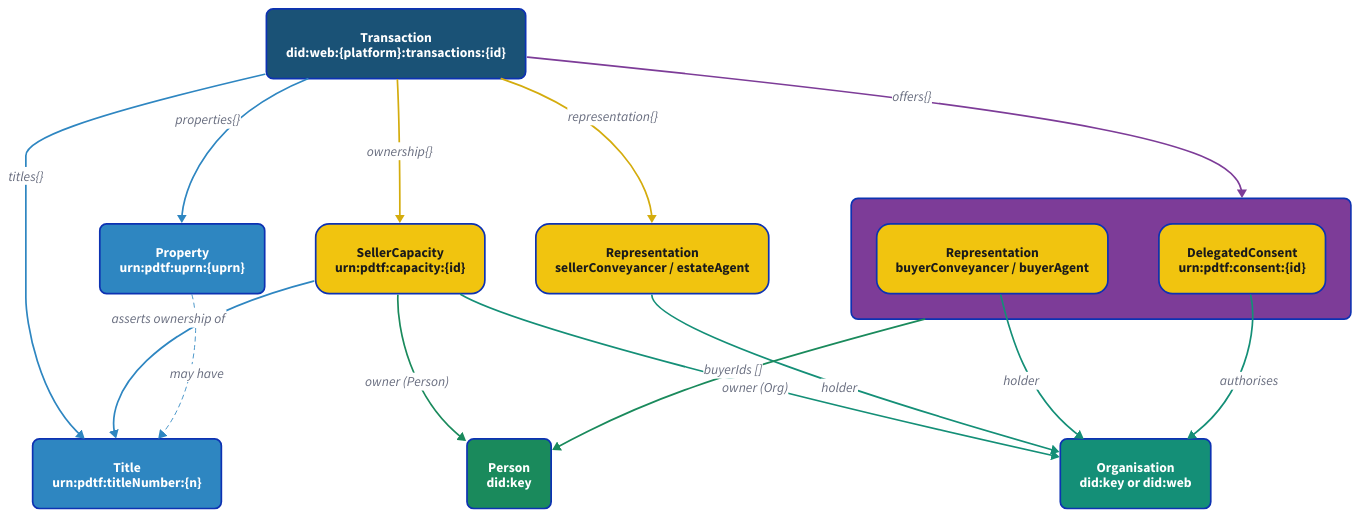
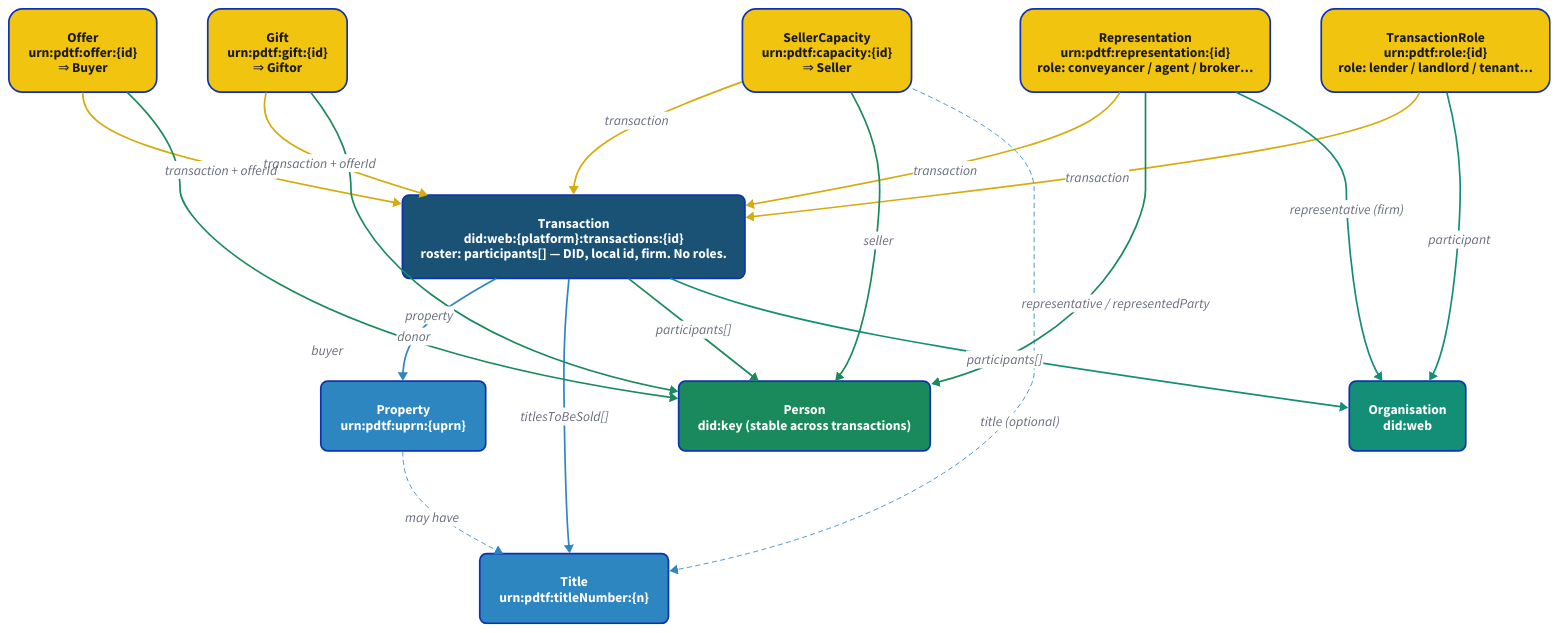
One commit to property-data-standards-co/web changed the diagram in public/diagrams/entity-graph.d2. Above: the diagram before and after it, drawn with D2. The commit also changed 34 other files, not shown here.

First line of the commit message:
Update the entity model to the schemas repo's dev decomposition

```diff
--- a/public/diagrams/entity-graph.d2
+++ b/public/diagrams/entity-graph.d2
@@ -1,130 +1,142 @@
 direction: down
 
 # Styling
 *.style.border-radius: 8
 *.style.font-size: 16
 
-# Core entities (blue)
-transaction: "Transaction\ndid:web:{platform}:transactions:{id}" {
+# Data entities (blue)
+transaction: "Transaction\ndid:web:{platform}:transactions:{id}\nroster: participants[] — DID, local id, firm. No roles." {
   style.fill: "#1a5276"
   style.font-color: "#ffffff"
 }
 
 property: "Property\nurn:pdtf:uprn:{uprn}" {
   style.fill: "#2e86c1"
   style.font-color: "#ffffff"
 }
 
 title: "Title\nurn:pdtf:titleNumber:{n}" {
   style.fill: "#2e86c1"
   style.font-color: "#ffffff"
 }
 
 # Identity (green) — Person and Organisation
-person: "Person\ndid:key" {
+person: "Person\ndid:key (stable across transactions)" {
   style.fill: "#1a8a5c"
   style.font-color: "#ffffff"
 }
 
-organisation: "Organisation\ndid:key or did:web" {
+organisation: "Organisation\ndid:web" {
   style.fill: "#148f77"
   style.font-color: "#ffffff"
 }
 
-# Seller-side relationship credentials (gold, rounded) — held on the Transaction
-sellerCapacity: "SellerCapacity\nurn:pdtf:capacity:{id}" {
+# Relationship credentials (gold, rounded). Each embodies a role and
+# references the Transaction. Role is stored nowhere else.
+sellerCapacity: "SellerCapacity\nurn:pdtf:capacity:{id}\n⇒ Seller" {
   style.fill: "#f1c40f"
   style.font-color: "#1a1a1a"
   style.border-radius: 16
 }
 
-representation: "Representation\nsellerConveyancer / estateAgent" {
+offer: "Offer\nurn:pdtf:offer:{id}\n⇒ Buyer" {
   style.fill: "#f1c40f"
   style.font-color: "#1a1a1a"
   style.border-radius: 16
 }
 
-# Offer (purple) — the intent to buy. Self-contained: it NESTS its own
-# buyer-side relationship credentials.
-offer: "Offer  ·  urn:pdtf:offer:{id}" {
-  style.fill: "#7d3c98"
-  style.font-color: "#ffffff"
-
-  buyerRep: "Representation\nbuyerConveyancer / buyerAgent" {
-    style.fill: "#f1c40f"
-    style.font-color: "#1a1a1a"
-    style.border-radius: 16
-  }
-  consent: "DelegatedConsent\nurn:pdtf:consent:{id}" {
-    style.fill: "#f1c40f"
-    style.font-color: "#1a1a1a"
-    style.border-radius: 16
-  }
+gift: "Gift\nurn:pdtf:gift:{id}\n⇒ Giftor" {
+  style.fill: "#f1c40f"
+  style.font-color: "#1a1a1a"
+  style.border-radius: 16
 }
 
-# Transaction → core entities
-transaction -> property: "properties{}" {
+representation: "Representation\nurn:pdtf:representation:{id}\nrole: conveyancer / agent / broker…" {
+  style.fill: "#f1c40f"
+  style.font-color: "#1a1a1a"
+  style.border-radius: 16
+}
+
+transactionRole: "TransactionRole\nurn:pdtf:role:{id}\nrole: lender / landlord / tenant…" {
+  style.fill: "#f1c40f"
+  style.font-color: "#1a1a1a"
+  style.border-radius: 16
+}
+
+# Transaction → data entities
+transaction -> property: "property" {
   style.stroke: "#2e86c1"
   style.stroke-width: 2
 }
-transaction -> title: "titles{}" {
+transaction -> title: "titlesToBeSold[]" {
   style.stroke: "#2e86c1"
   style.stroke-width: 2
 }
+transaction -> person: "participants[]" {
+  style.stroke: "#1a8a5c"
+  style.stroke-width: 2
+}
+transaction -> organisation: "participants[]" {
+  style.stroke: "#148f77"
+  style.stroke-width: 2
+}
 
-# Transaction → seller-side relationship credentials
-transaction -> sellerCapacity: "ownership{}" {
+# Relationship credentials → Transaction
+sellerCapacity -> transaction: "transaction" {
   style.stroke: "#d4ac0d"
   style.stroke-width: 2
 }
-transaction -> representation: "representation{}" {
+offer -> transaction: "transaction + offerId" {
+  style.stroke: "#d4ac0d"
+  style.stroke-width: 2
+}
+gift -> transaction: "transaction + offerId" {
+  style.stroke: "#d4ac0d"
+  style.stroke-width: 2
+}
+representation -> transaction: "transaction" {
+  style.stroke: "#d4ac0d"
+  style.stroke-width: 2
+}
+transactionRole -> transaction: "transaction" {
   style.stroke: "#d4ac0d"
   style.stroke-width: 2
 }
 
-# Transaction → offers (which nest the buyer-side credentials)
-transaction -> offer: "offers{}" {
-  style.stroke: "#7d3c98"
-  style.stroke-width: 2
-}
-
-# SellerCapacity links Person/Org to Title (the right to sell)
-sellerCapacity -> person: "owner (Person)" {
+# Relationship credentials → the parties they name
+sellerCapacity -> person: "seller" {
   style.stroke: "#1a8a5c"
   style.stroke-width: 2
 }
-sellerCapacity -> organisation: "owner (Org)" {
+sellerCapacity -> title: "title (optional)" {
+  style.stroke: "#2e86c1"
+  style.stroke-width: 1
+  style.stroke-dash: 5
+}
+offer -> person: "buyer" {
+  style.stroke: "#1a8a5c"
+  style.stroke-width: 2
+}
+gift -> person: "donor" {
+  style.stroke: "#1a8a5c"
+  style.stroke-width: 2
+}
+representation -> person: "representative / representedParty" {
+  style.stroke: "#1a8a5c"
+  style.stroke-width: 2
+}
+representation -> organisation: "representative (firm)" {
   style.stroke: "#148f77"
   style.stroke-width: 2
 }
-sellerCapacity -> title: "asserts ownership of" {
-  style.stroke: "#2e86c1"
-  style.stroke-width: 2
-}
-
-# Seller-side Representation → the instructed Organisation
-representation -> organisation: "holder" {
-  style.stroke: "#148f77"
-  style.stroke-width: 2
-}
-
-# Offer → buyer Person(s); nested credentials → their Organisations
-offer -> person: "buyerIds []" {
-  style.stroke: "#1a8a5c"
-  style.stroke-width: 2
-}
-offer.buyerRep -> organisation: "holder" {
-  style.stroke: "#148f77"
-  style.stroke-width: 2
-}
-offer.consent -> organisation: "authorises" {
+transactionRole -> organisation: "participant" {
   style.stroke: "#148f77"
   style.stroke-width: 2
 }
 
 # Property ↔ Title (optional link)
 property -> title: "may have" {
   style.stroke: "#2e86c1"
   style.stroke-width: 1
   style.stroke-dash: 5
 }
```
